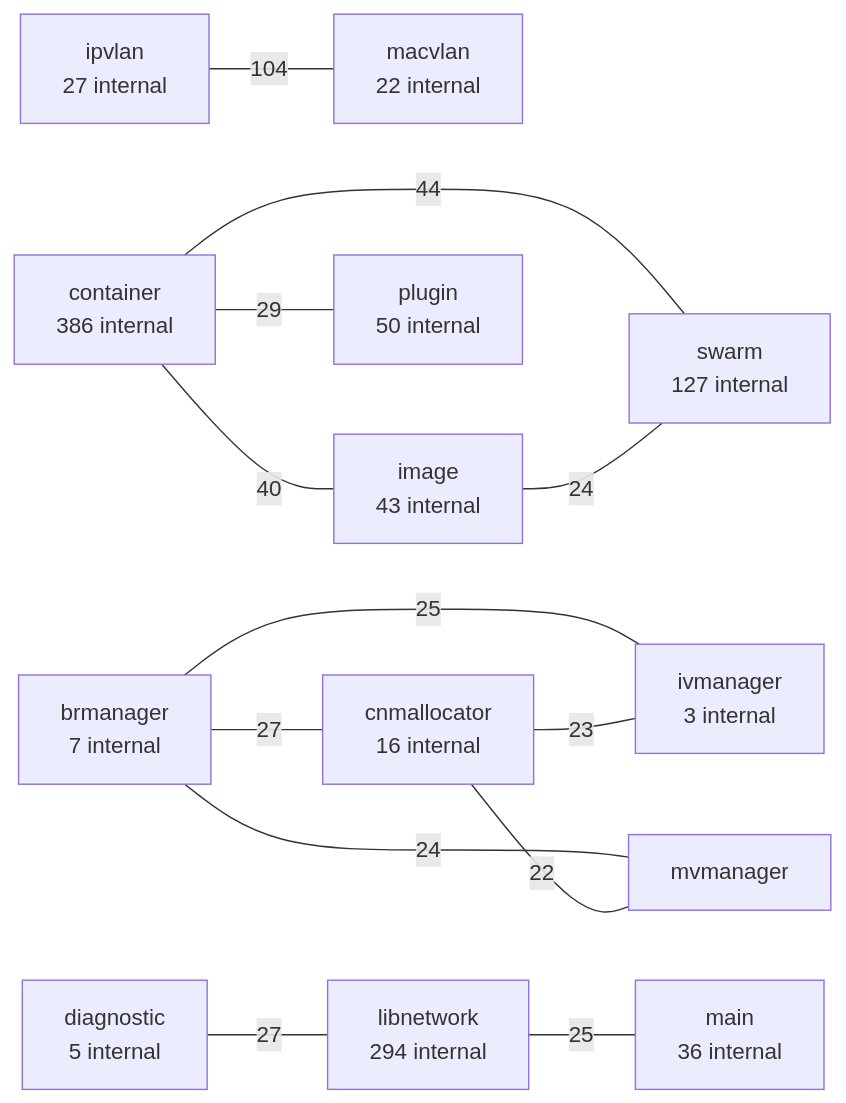
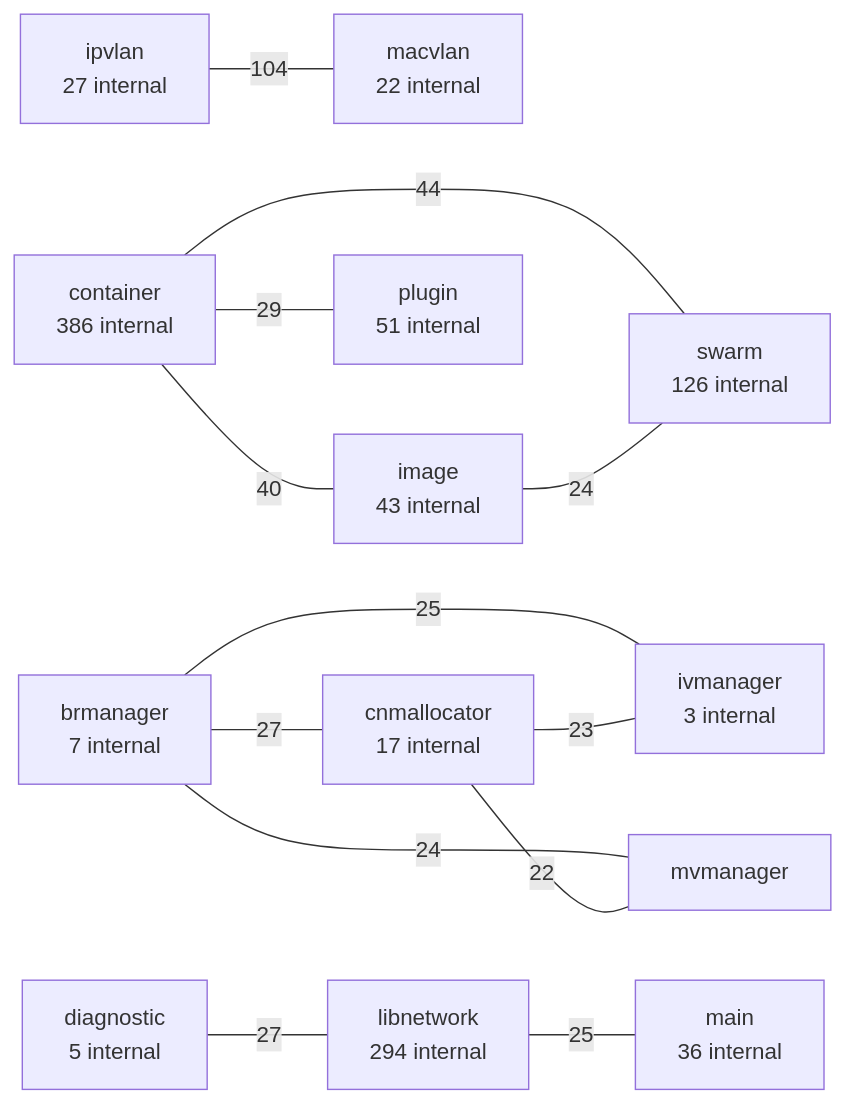
One commit to LukasSelin/doppel changed the third of 5 diagrams in examples/moby.md. Above: the diagram before and after it, drawn with Mermaid. The commit also changed other lines of this file and 7 other files, not shown here.

````diff
--- a/examples/moby.md
+++ b/examples/moby.md
@@ -706,28 +706,28 @@
 ```mermaid
 flowchart LR
     p0["ipvlan<br/>27 internal"]
     p1["macvlan<br/>22 internal"]
     p0 ---|"104"| p1
     p2["container<br/>386 internal"]
-    p3["swarm<br/>127 internal"]
+    p3["swarm<br/>126 internal"]
     p2 ---|"44"| p3
     p4["image<br/>43 internal"]
     p2 ---|"40"| p4
-    p5["plugin<br/>50 internal"]
+    p5["plugin<br/>51 internal"]
     p2 ---|"29"| p5
     p6["brmanager<br/>7 internal"]
-    p7["cnmallocator<br/>16 internal"]
+    p7["cnmallocator<br/>17 internal"]
     p6 ---|"27"| p7
     p8["diagnostic<br/>5 internal"]
     p9["libnetwork<br/>294 internal"]
     p8 ---|"27"| p9
     p10["ivmanager<br/>3 internal"]
     p6 ---|"25"| p10
     p11["main<br/>36 internal"]
     p9 ---|"25"| p11
     p12["mvmanager"]
     p6 ---|"24"| p12
     p4 ---|"24"| p3
     p7 ---|"23"| p10
     p7 ---|"22"| p12
 ```
````
